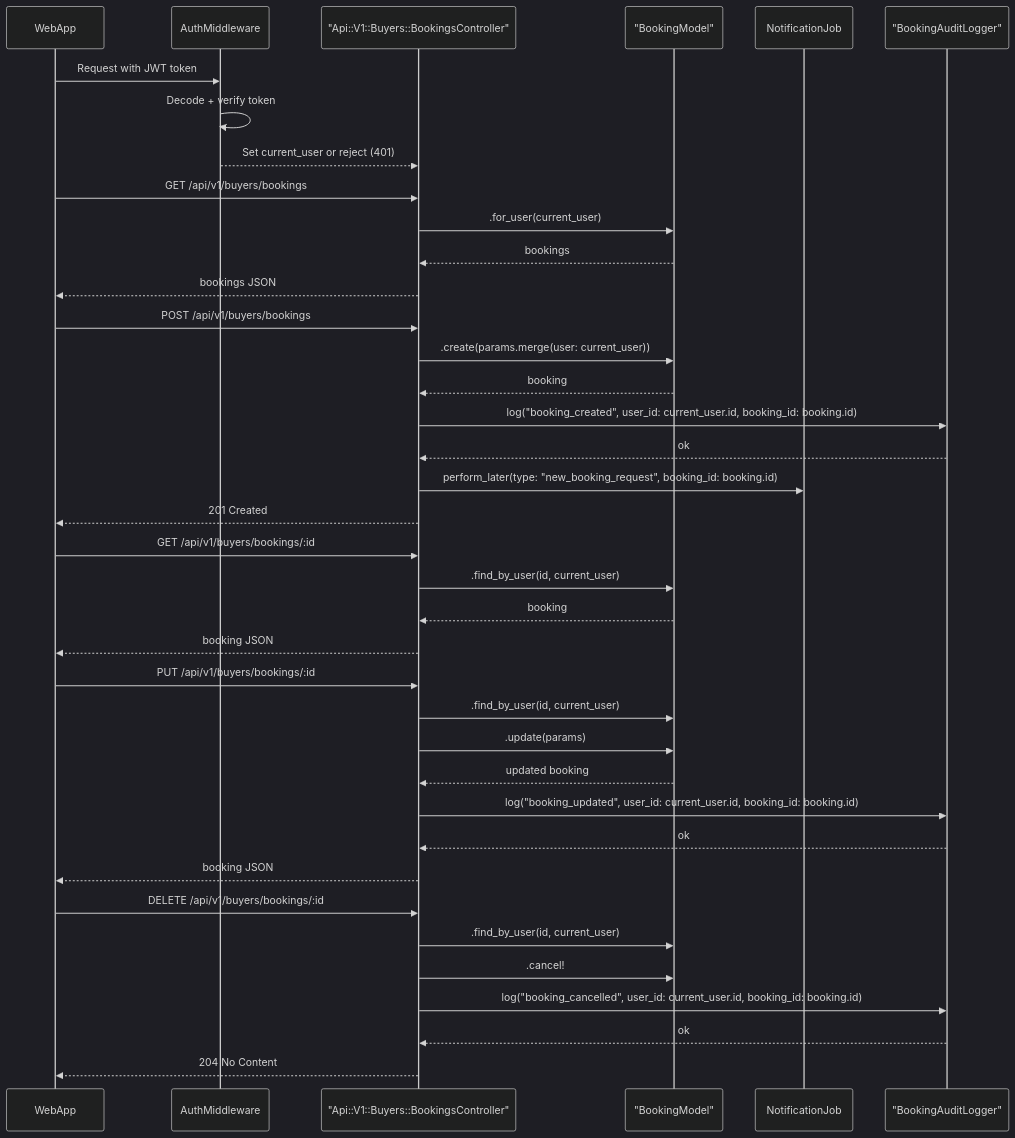
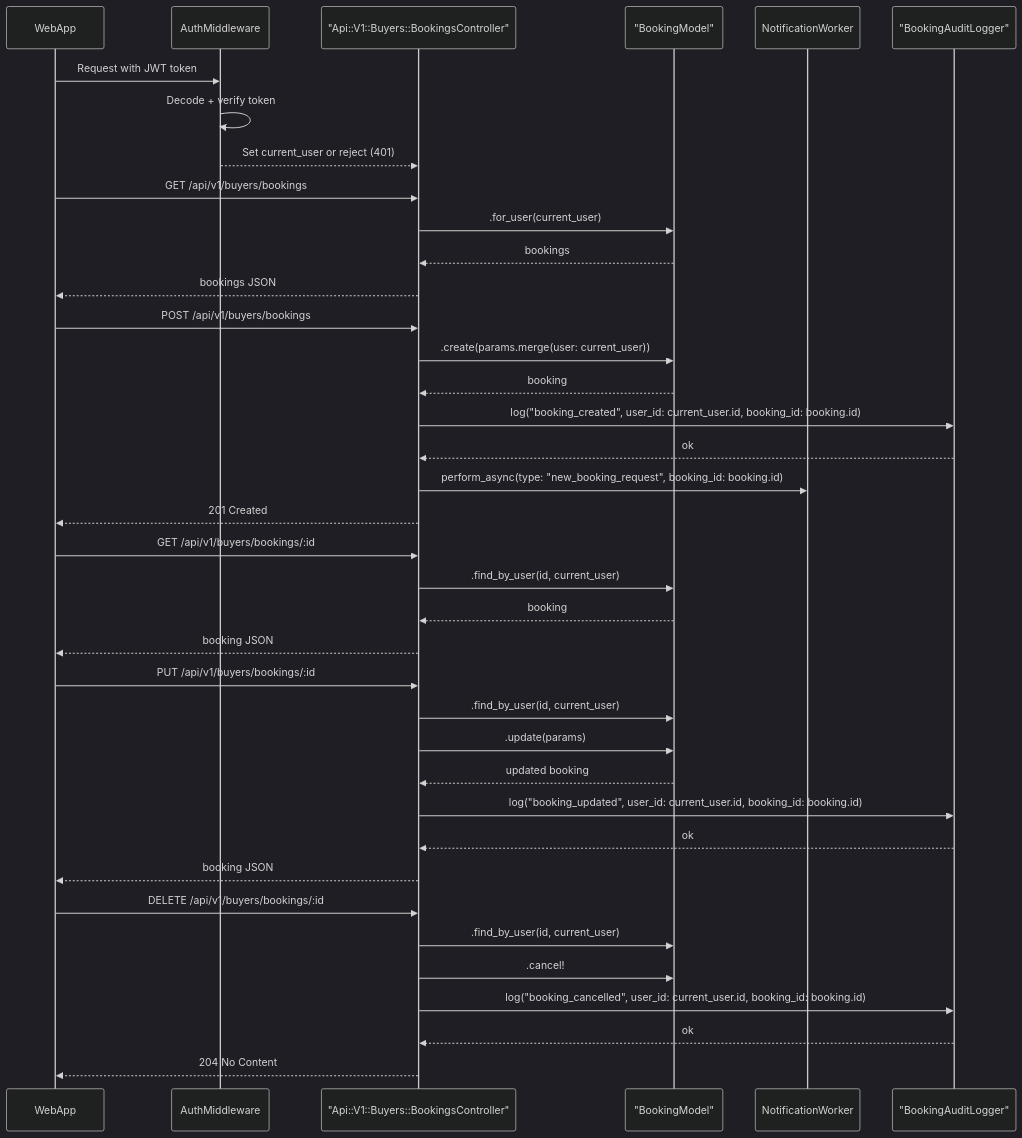
The diagram in diagrams/buyers/tour-booking.mermaid (Video-API-architecture/architecture-proposal), drawn with Mermaid (dark theme) before and after one commit. The commit also changed 15 other files, not shown here.

```diff
--- a/diagrams/buyers/tour-booking.mermaid
+++ b/diagrams/buyers/tour-booking.mermaid
@@ -1,50 +1,50 @@
 sequenceDiagram
     participant WebApp
     participant Auth as AuthMiddleware
     participant BBAPI as "Api::V1::Buyers::BookingsController"
     participant BM as "BookingModel"
-    participant NotificationJob
+    participant NotificationWorker
     participant Logger as "BookingAuditLogger"
 
     %% All requests pass through auth first
     WebApp->>Auth: Request with JWT token
     Auth->>Auth: Decode + verify token
     Auth-->>BBAPI: Set current_user or reject (401)
 
     %% Buyer: List bookings
     WebApp->>BBAPI: GET /api/v1/buyers/bookings
     BBAPI->>BM: .for_user(current_user)
     BM-->>BBAPI: bookings
     BBAPI-->>WebApp: bookings JSON
 
     %% Buyer: Create booking
     WebApp->>BBAPI: POST /api/v1/buyers/bookings
     BBAPI->>BM: .create(params.merge(user: current_user))
     BM-->>BBAPI: booking
     BBAPI->>Logger: log("booking_created", user_id: current_user.id, booking_id: booking.id)
     Logger-->>BBAPI: ok
-    BBAPI->>NotificationJob: perform_later(type: "new_booking_request", booking_id: booking.id)
+    BBAPI->>NotificationWorker: perform_async(type: "new_booking_request", booking_id: booking.id)
     BBAPI-->>WebApp: 201 Created
 
     %% Buyer: Get booking details
     WebApp->>BBAPI: GET /api/v1/buyers/bookings/:id
     BBAPI->>BM: .find_by_user(id, current_user)
     BM-->>BBAPI: booking
     BBAPI-->>WebApp: booking JSON
 
     %% Buyer: Update booking
     WebApp->>BBAPI: PUT /api/v1/buyers/bookings/:id
     BBAPI->>BM: .find_by_user(id, current_user)
     BBAPI->>BM: .update(params)
     BM-->>BBAPI: updated booking
     BBAPI->>Logger: log("booking_updated", user_id: current_user.id, booking_id: booking.id)
     Logger-->>BBAPI: ok
     BBAPI-->>WebApp: booking JSON
 
     %% Buyer: Cancel booking
     WebApp->>BBAPI: DELETE /api/v1/buyers/bookings/:id
     BBAPI->>BM: .find_by_user(id, current_user)
     BBAPI->>BM: .cancel!
     BBAPI->>Logger: log("booking_cancelled", user_id: current_user.id, booking_id: booking.id)
     Logger-->>BBAPI: ok
     BBAPI-->>WebApp: 204 No Content
```
